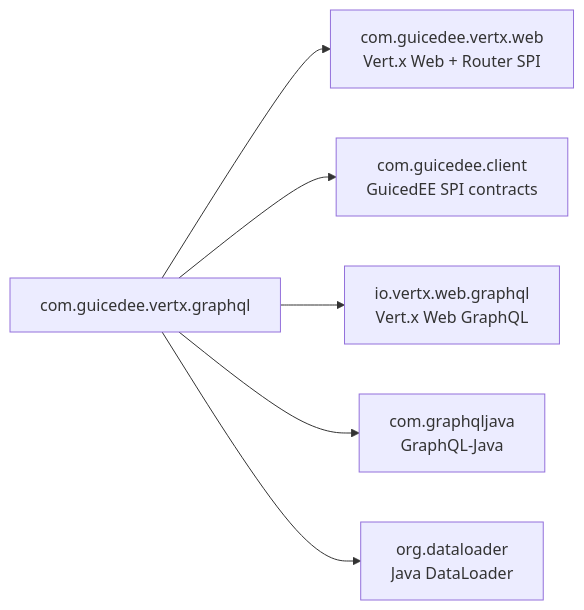
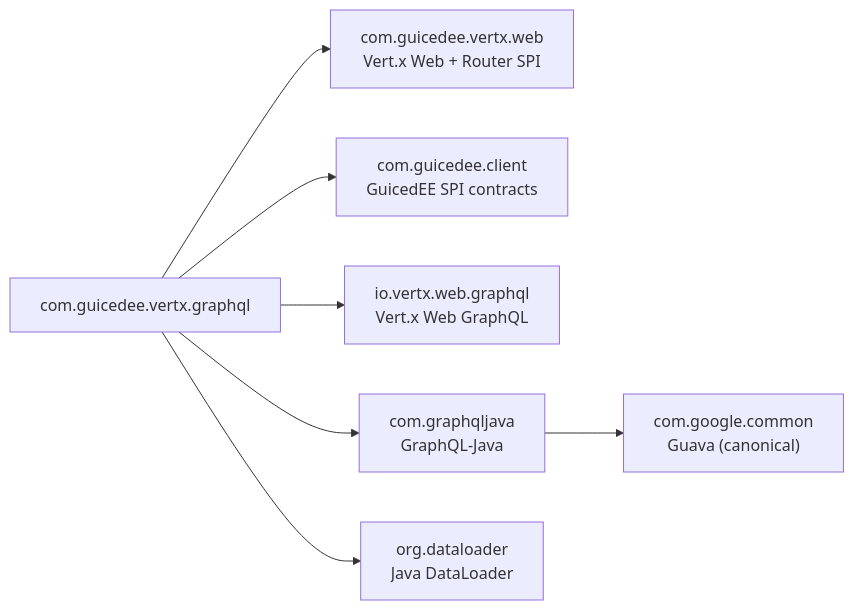
One commit to GuicedEE/GraphQL changed the second of 2 diagrams in README.md. Above: the diagram before and after it, drawn with Mermaid. The commit also changed other lines of this file and 1 other file, not shown here.

Commit message:
GraphQL Fixes, Documentation, Vertx 5.1.1

````diff
--- a/README.md
+++ b/README.md
@@ -233,9 +233,10 @@
 ```mermaid
 flowchart LR
     com_guicedee_vertx_graphql["com.guicedee.vertx.graphql"]
     com_guicedee_vertx_graphql --> com_guicedee_vertx_web["com.guicedee.vertx.web<br/>Vert.x Web + Router SPI"]
     com_guicedee_vertx_graphql --> com_guicedee_client["com.guicedee.client<br/>GuicedEE SPI contracts"]
     com_guicedee_vertx_graphql --> io_vertx_web_graphql["io.vertx.web.graphql<br/>Vert.x Web GraphQL"]
     com_guicedee_vertx_graphql --> com_graphqljava["com.graphqljava<br/>GraphQL-Java"]
+    com_graphqljava --> com_google_common["com.google.common<br/>Guava (canonical)"]
     com_guicedee_vertx_graphql --> org_dataloader["org.dataloader<br/>Java DataLoader"]
 ```
````
